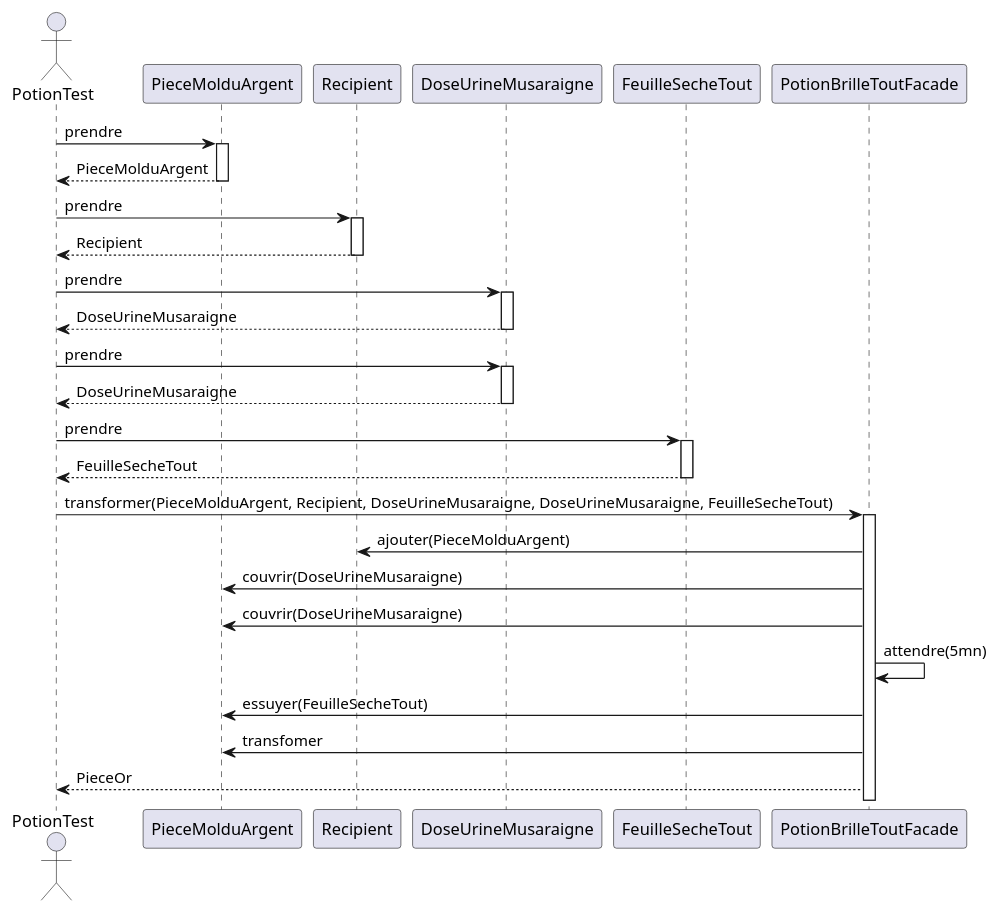
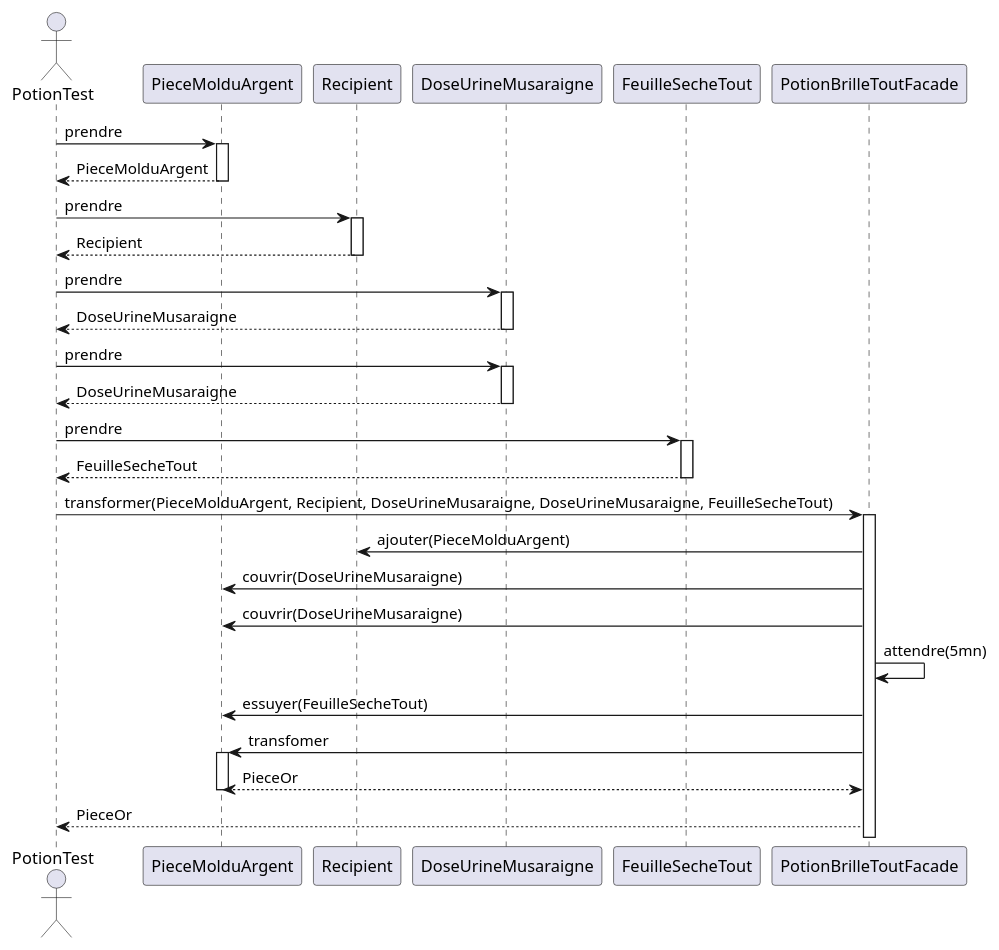
One commit to jandry/design-pattern changed the diagram in src/uml/facadeSequence.puml. Above: the diagram before and after it, drawn with PlantUML. The commit also changed 3 other files, not shown here.

```diff
--- a/src/uml/facadeSequence.puml
+++ b/src/uml/facadeSequence.puml
@@ -1,35 +1,37 @@
 @startuml FacadeSequence
 actor PotionTest
 
 PotionTest -> PieceMolduArgent : prendre
 activate PieceMolduArgent
 PotionTest <-- PieceMolduArgent: PieceMolduArgent
 deactivate PieceMolduArgent
 PotionTest -> Recipient : prendre
 activate Recipient
 PotionTest <-- Recipient : Recipient
 deactivate Recipient
 PotionTest -> DoseUrineMusaraigne: prendre
 activate DoseUrineMusaraigne
 PotionTest <-- DoseUrineMusaraigne: DoseUrineMusaraigne
 deactivate DoseUrineMusaraigne
 PotionTest -> DoseUrineMusaraigne: prendre
 activate DoseUrineMusaraigne
 PotionTest <-- DoseUrineMusaraigne: DoseUrineMusaraigne
 deactivate DoseUrineMusaraigne
 PotionTest -> FeuilleSecheTout: prendre
 activate FeuilleSecheTout
 PotionTest <-- FeuilleSecheTout: FeuilleSecheTout
 deactivate FeuilleSecheTout
 
 PotionTest -> PotionBrilleToutFacade: transformer(PieceMolduArgent, Recipient, DoseUrineMusaraigne, DoseUrineMusaraigne, FeuilleSecheTout)
 activate PotionBrilleToutFacade
 PotionBrilleToutFacade -> Recipient: ajouter(PieceMolduArgent)
 PotionBrilleToutFacade -> PieceMolduArgent: couvrir(DoseUrineMusaraigne)
 PotionBrilleToutFacade -> PieceMolduArgent: couvrir(DoseUrineMusaraigne)
 PotionBrilleToutFacade -> PotionBrilleToutFacade: attendre(5mn)
 PotionBrilleToutFacade -> PieceMolduArgent: essuyer(FeuilleSecheTout)
 PotionBrilleToutFacade -> PieceMolduArgent: transfomer
-
+activate PieceMolduArgent
+PotionBrilleToutFacade <--> PieceMolduArgent: PieceOr
+deactivate PieceMolduArgent
 PotionBrilleToutFacade --> PotionTest: PieceOr
 @enduml
```
